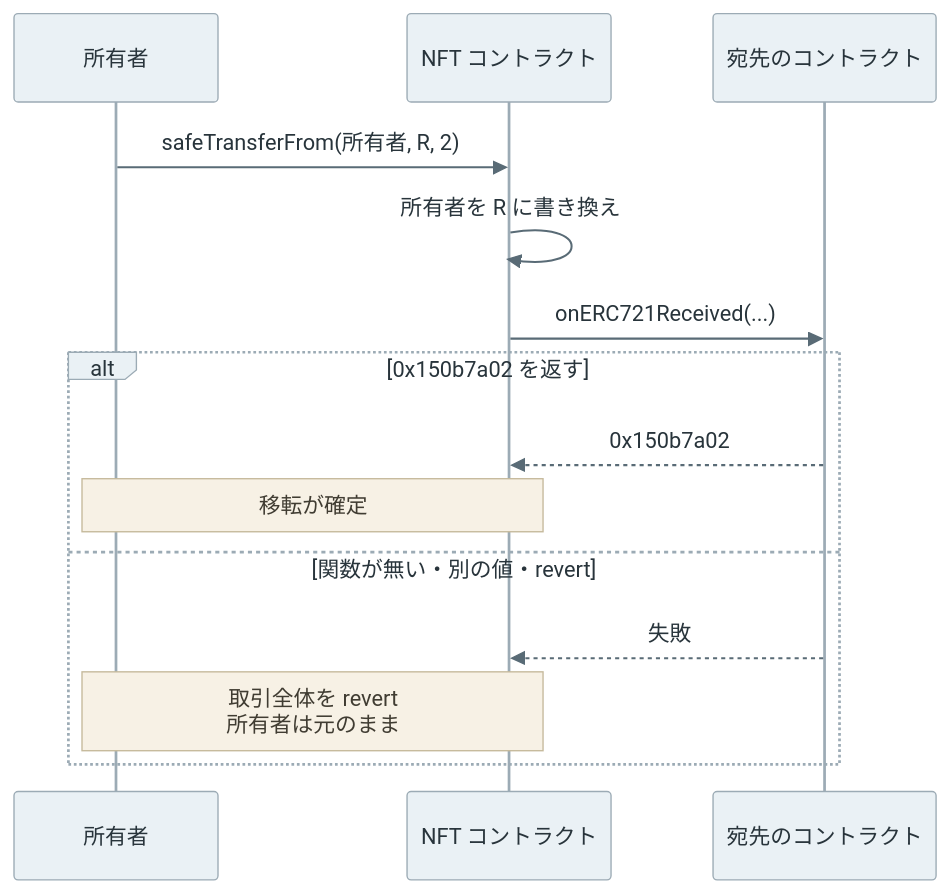
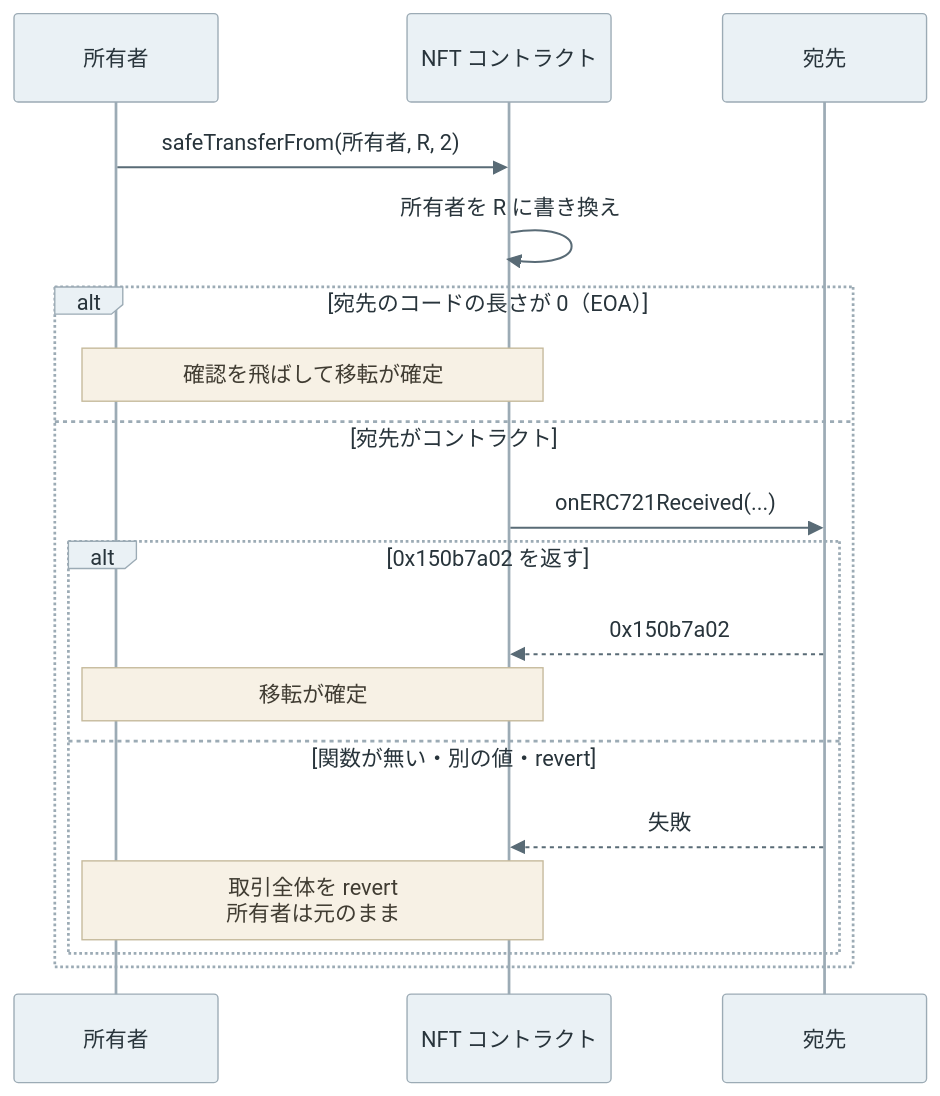
The diagram in content/notes/blockchain-systems/erc-721/index.md (nao1215/debimate), drawn with Mermaid before and after one commit. The commit also changed other lines of this file and 425 other files, not shown here.

````diff
--- a/content/notes/blockchain-systems/erc-721/index.md
+++ b/content/notes/blockchain-systems/erc-721/index.md
@@ -76,17 +85,21 @@
 ```mermaid
 %%{init: {"theme":"base","themeVariables":{"primaryColor":"#eaf1f5","primaryTextColor":"#28343b","primaryBorderColor":"#9cabb5","lineColor":"#596b76","textColor":"#28343b","actorBkg":"#eaf1f5","actorBorder":"#9cabb5","actorTextColor":"#28343b","actorLineColor":"#9cabb5","signalColor":"#596b76","signalTextColor":"#28343b","noteBkgColor":"#f7f1e5","noteBorderColor":"#c5b99b","noteTextColor":"#403c32"}}}%%
 sequenceDiagram
     participant A as 所有者
     participant N as NFT コントラクト
-    participant R as 宛先のコントラクト
+    participant R as 宛先
     A->>N: safeTransferFrom(所有者, R, 2)
     N->>N: 所有者を R に書き換え
-    N->>R: onERC721Received(...)
-    alt 0x150b7a02 を返す
-        R-->>N: 0x150b7a02
-        Note over A,N: 移転が確定
-    else 関数が無い・別の値・revert
-        R-->>N: 失敗
-        Note over A,N: 取引全体を revert<br/>所有者は元のまま
+    alt 宛先のコードの長さが 0（EOA）
+        Note over A,N: 確認を飛ばして移転が確定
+    else 宛先がコントラクト
+        N->>R: onERC721Received(...)
+        alt 0x150b7a02 を返す
+            R-->>N: 0x150b7a02
+            Note over A,N: 移転が確定
+        else 関数が無い・別の値・revert
+            R-->>N: 失敗
+            Note over A,N: 取引全体を revert<br/>所有者は元のまま
+        end
     end
 ```
````
